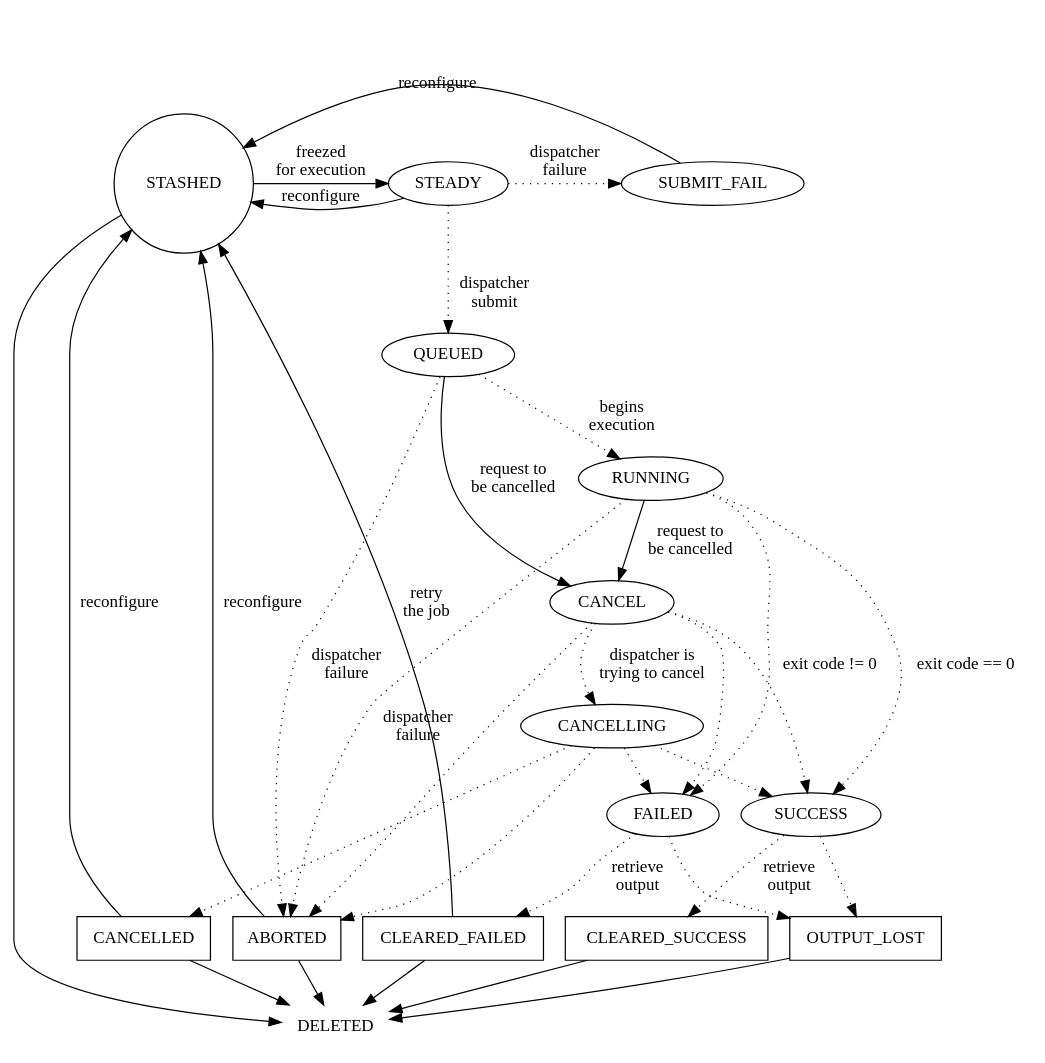
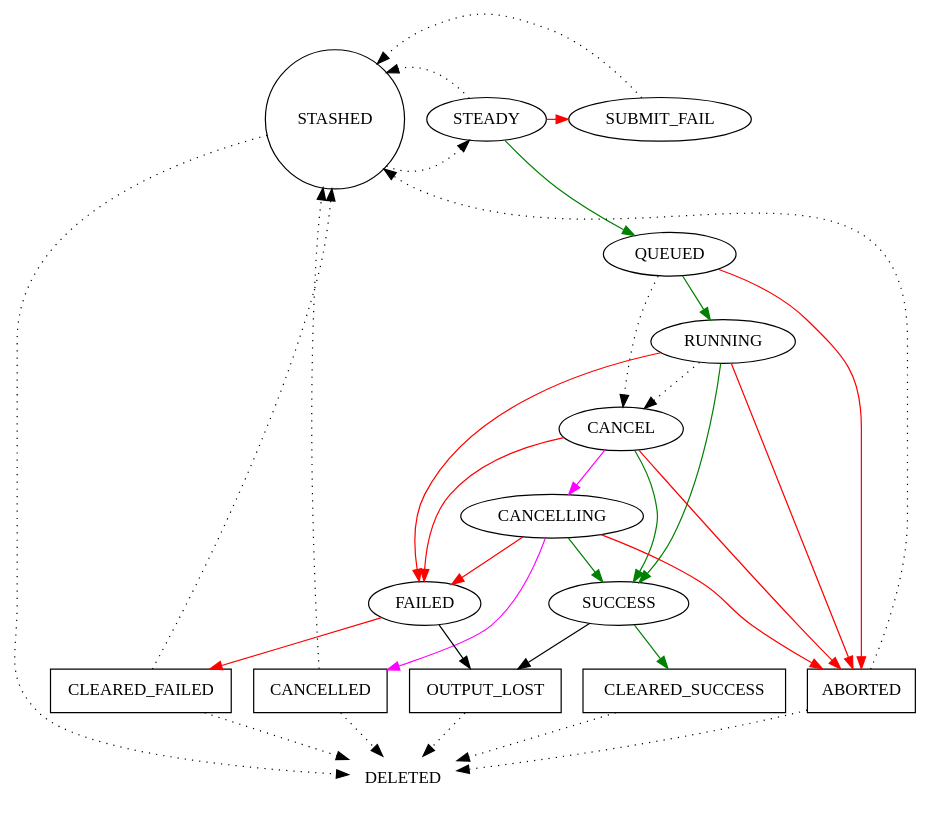
The diagram in brownthrower/doc/manager_job_states.dot (ptallada/brownthrower), drawn with Graphviz before and after one commit. The commit also changed 3 other files, not shown here.

```diff
--- a/brownthrower/doc/manager_job_states.dot
+++ b/brownthrower/doc/manager_job_states.dot
@@ -1,80 +1,77 @@
-digraph job_states {
+digraph job_states { //concentrate="true";
     // Possible job states
     { rank="min"
         STASHED          [shape="circle"];    // The job is in preparation phase. It is being configured and cannot be executed yet.
         STEADY           [shape="ellipse"];   // The job has been configured and its dependencies are already set. It will be executed as soon as possible.
         SUBMIT_FAIL      [shape="ellipse"];   // The dispatcher has been unable to submit this job for execution.
     }
     {
         QUEUED           [shape="ellipse"];   // The dispatcher has submitted this job for execution and it is waiting for some resources to be available.
         RUNNING          [shape="ellipse"];   // The job is being executed.
+        SUCCESS          [shape="ellipse"];   // The job has finished with exit code == 0
+    }
+    {
         CANCEL           [shape="ellipse"];   // The user has asked to cancel this job.
         CANCELLING       [shape="ellipse"];   // The dispatcher is trying to cancel this job
-        SUCCESS          [shape="ellipse"];   // The job has finished with exit code == 0
         FAILED           [shape="ellipse"];   // The job has finished with exit code != 0
     }
     { rank="same";
         CANCELLED        [shape="box"];       // The job has been cancelled.
         ABORTED          [shape="box"];       // The job has failed to complete its execution.
         CLEARED_SUCCESS  [shape="box"];       // The dispatcher has retrieved the output of this job.
         CLEARED_FAILED   [shape="box"];       // The dispatcher has retrieved the output of this job.
         OUTPUT_LOST      [shape="box"];       // The dispatcher could not retrieve the output of this job.
     }
     {
         DELETED          [shape="plaintext"]; // The job has been deleted.
     }
     
     // Expected flow
-    STASHED         -> STEADY           [style="solid",  label="freezed\nfor execution"];
-    STEADY          -> QUEUED           [style="dotted", label="dispatcher\nsubmit"];
-    QUEUED          -> RUNNING          [style="dotted", label="begins\nexecution"];
-    RUNNING         -> SUCCESS          [style="dotted", label="exit code == 0"];
-    SUCCESS         -> CLEARED_SUCCESS  [style="dotted", label="retrieve\noutput"];
+    STASHED         -> STEADY           [style="dotted",                  label=""];
+    STEADY          -> QUEUED           [style="solid",  color="green",   label=""];
+    QUEUED          -> RUNNING          [style="solid",  color="green",   label=""];
+    RUNNING         -> SUCCESS          [style="solid",  color="green",   label=""];
+    SUCCESS         -> CLEARED_SUCCESS  [style="solid",  color="green",   label=""];
     
     // Submit failure
-    STEADY          -> SUBMIT_FAIL      [style="dotted", label="dispatcher\nfailure"];
+    STEADY          -> SUBMIT_FAIL      [style="solid",  color="red",     label=""];
     
     // The job fails with exit code != 0
-    RUNNING         -> FAILED           [style="dotted", label="exit code != 0"];
-    FAILED          -> CLEARED_FAILED   [style="dotted", label="retrieve\noutput"];
+    RUNNING         -> FAILED           [style="solid",  color="red",     label=""];
+    FAILED          -> CLEARED_FAILED   [style="solid",  color="red",     label=""];
     
     // The output is lost
-    SUCCESS         -> OUTPUT_LOST      [style="dotted", label=""];
-    FAILED          -> OUTPUT_LOST      [style="dotted", label=""];
+    SUCCESS         -> OUTPUT_LOST      [style="solid",  label=""];
+    FAILED          -> OUTPUT_LOST      [style="solid",  label=""];
     
     // The job is aborted
-    QUEUED          -> ABORTED          [style="dotted", label="dispatcher\nfailure"];
-    RUNNING         -> ABORTED          [style="dotted", label="dispatcher\nfailure"];
+    QUEUED          -> ABORTED          [style="solid",  color="red",     label=""];
+    RUNNING         -> ABORTED          [style="solid",  color="red",     label=""];
     
     // The job has to be cancelled
-    QUEUED          -> CANCEL           [style="solid",  label="request to\nbe cancelled"];
-    RUNNING         -> CANCEL           [style="solid",  label="request to\nbe cancelled"];
-    CANCEL          -> CANCELLING       [style="dotted", label="dispatcher is\ntrying to cancel"];
-    CANCEL          -> ABORTED          [style="dotted", label=""];
-    CANCEL          -> SUCCESS          [style="dotted", label=""];
-    CANCEL          -> FAILED           [style="dotted", label=""];
-    CANCELLING      -> CANCELLED        [style="dotted", label=""];
-    CANCELLING      -> ABORTED          [style="dotted", label=""];
-    CANCELLING      -> SUCCESS          [style="dotted", label=""];
-    CANCELLING      -> FAILED           [style="dotted", label=""];
+    QUEUED          -> CANCEL           [style="dotted", label=""];
+    RUNNING         -> CANCEL           [style="dotted", label=""];
+    CANCEL          -> CANCELLING       [style="solid",  color="magenta", label=""];
+    CANCEL          -> ABORTED          [style="solid",  color="red",     label=""];
+    CANCEL          -> FAILED           [style="solid",  color="red",     label=""];
+    CANCEL          -> SUCCESS          [style="solid",  color="green",   label=""];
+    CANCELLING      -> SUCCESS          [style="solid",  color="green",   label=""];
+    CANCELLING      -> ABORTED          [style="solid",  color="red",     label=""];
+    CANCELLING      -> FAILED           [style="solid",  color="red",     label=""];
+    CANCELLING      -> CANCELLED        [style="solid",  color="magenta", label=""];
     
     // Reflows
-    SUBMIT_FAIL     -> STASHED          [style="solid",  label="reconfigure"];
-#    SUBMIT_FAIL     -> STEADY           [style="solid",  label="retry\nthe job"];
-    ABORTED         -> STASHED          [style="solid",  label="reconfigure"];
-#    ABORTED         -> STEADY           [style="solid",  label="retry\nthe job"];
-#    CANCELLED       -> STEADY           [style="solid",  label="retry\nthe job"];
-    CANCELLED       -> STASHED          [style="solid",  label="reconfigure"];
-    CLEARED_FAILED  -> STASHED          [style="solid",  label="retry\nthe job"];
-#    CLEARED_FAILED  -> STEADY           [style="solid",  label="retry\nthe job"];
-    STEADY          -> STASHED          [style="solid",  label="reconfigure"];
+    SUBMIT_FAIL     -> STASHED          [style="dotted",                  label=""];
+    ABORTED         -> STASHED          [style="dotted",                  label=""];
+    CANCELLED       -> STASHED          [style="dotted",                  label=""];
+    CLEARED_FAILED  -> STASHED          [style="dotted",                  label=""];
+    STEADY          -> STASHED          [style="dotted",                  label=""];
     
     // Remove
-    STASHED         -> DELETED          [style="solid",  label=""];
-#    STEADY          -> DELETED          [style="solid",  label=""];
-    CANCELLED       -> DELETED          [style="solid",  label=""];
-    ABORTED         -> DELETED          [style="solid",  label=""];
-    CLEARED_SUCCESS -> DELETED          [style="solid",  label=""];
-    CLEARED_FAILED  -> DELETED          [style="solid",  label=""];
-    OUTPUT_LOST     -> DELETED          [style="solid",  label=""];
+    STASHED         -> DELETED          [style="dotted",                  label=""];
+    CANCELLED       -> DELETED          [style="dotted",                  label=""];
+    ABORTED         -> DELETED          [style="dotted",                  label=""];
+    CLEARED_SUCCESS -> DELETED          [style="dotted",                  label=""];
+    CLEARED_FAILED  -> DELETED          [style="dotted",                  label=""];
+    OUTPUT_LOST     -> DELETED          [style="dotted",                  label=""];
 }
```
